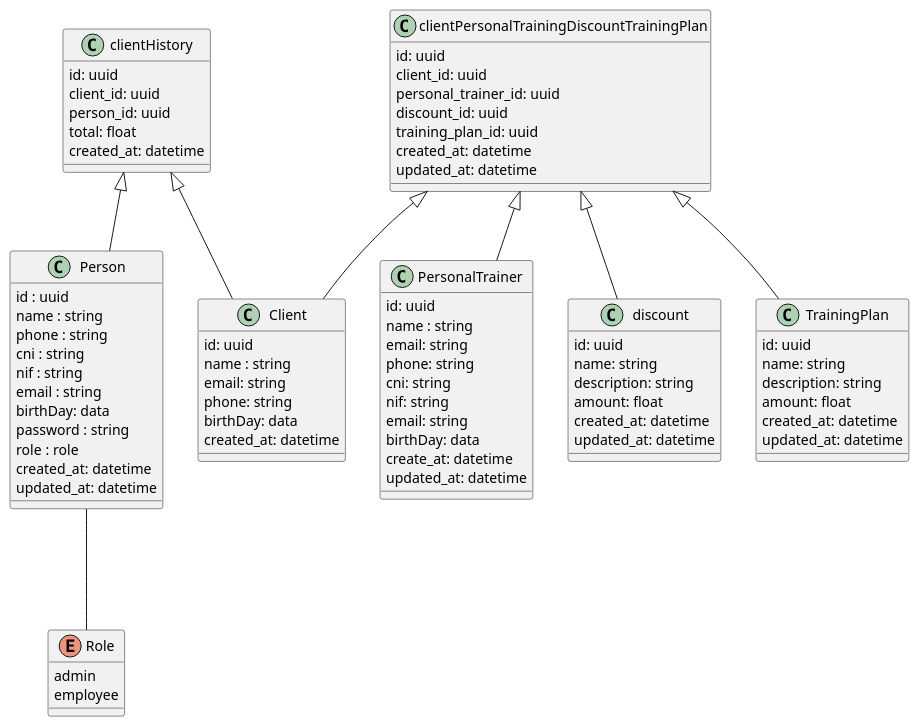
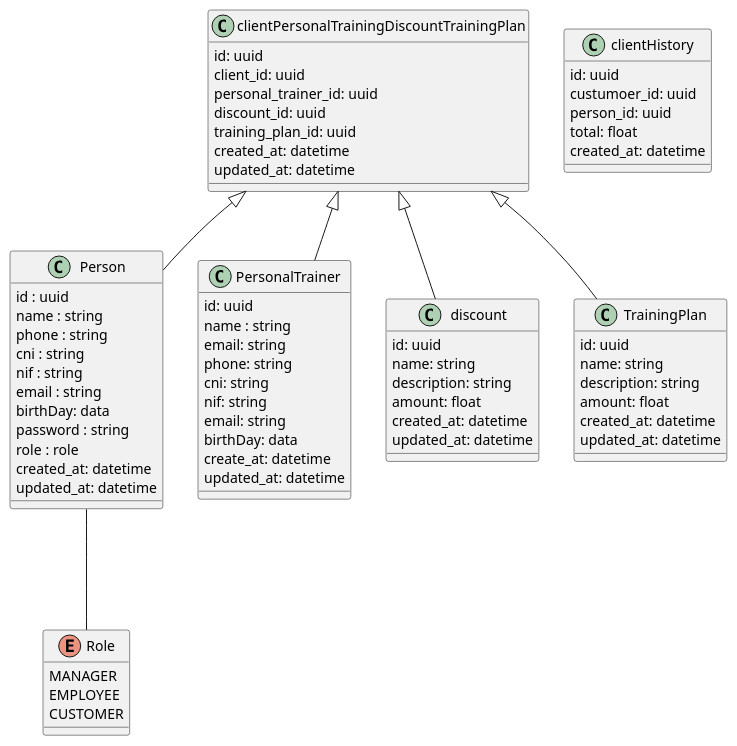
The diagram in diagram/main/Class/classtes.puml (bosshentai/tccCode), drawn with PlantUML before and after one commit. The commit also changed 2 other files, not shown here.

Commit message:
Some change in the diagram class

```diff
--- a/diagram/main/Class/classtes.puml
+++ b/diagram/main/Class/classtes.puml
@@ -1,100 +1,101 @@
 @startuml Nogain
 
 class Person {
   id : uuid
   name : string
   phone : string
   cni : string
   nif : string
   email : string
   birthDay: data
   password : string
   role : role
   created_at: datetime
   updated_at: datetime
   
 }
 
 
-class Client {
-  id: uuid
-  name : string
-  email: string
-  phone: string
-  birthDay: data
-  created_at: datetime
+' class Client {
+'   id: uuid
+'   name : string
+'   email: string
+'   phone: string
+'   birthDay: data
+'   created_at: datetime
 
-}
+' }
 
 
 
 
 class PersonalTrainer {
   id: uuid
   name : string
   email: string
   phone: string
   cni: string
   nif: string
   email: string
   birthDay: data
   create_at: datetime
   updated_at: datetime
 
 
 }
 
 class discount {
   id: uuid
   name: string
   description: string
   amount: float
   created_at: datetime
   updated_at: datetime
 }
 
 class TrainingPlan {
   id: uuid
   name: string
   description: string
   amount: float
   created_at: datetime
   updated_at: datetime
 }
 
 
 class clientPersonalTrainingDiscountTrainingPlan {
   id: uuid
   client_id: uuid
   personal_trainer_id: uuid
   discount_id: uuid
   training_plan_id: uuid
   created_at: datetime
   updated_at: datetime
 }
 
 class clientHistory {
   id: uuid
-  client_id: uuid
+  custumoer_id: uuid
   person_id: uuid
   total: float
   created_at: datetime
 }
 
 
 enum Role {
-  admin
-  employee
+  MANAGER
+  EMPLOYEE
+  CUSTOMER
 }
 
 Person --- Role
 
-clientHistory <|-- Client
-clientHistory <|-- Person
+' clientHistory <|-- Client
+' clientHistory <|-- Person
 
-clientPersonalTrainingDiscountTrainingPlan <|-- Client
+clientPersonalTrainingDiscountTrainingPlan <|-- Person
 clientPersonalTrainingDiscountTrainingPlan <|-- PersonalTrainer
 clientPersonalTrainingDiscountTrainingPlan <|-- discount
 clientPersonalTrainingDiscountTrainingPlan <|-- TrainingPlan
 
 @enduml
```
